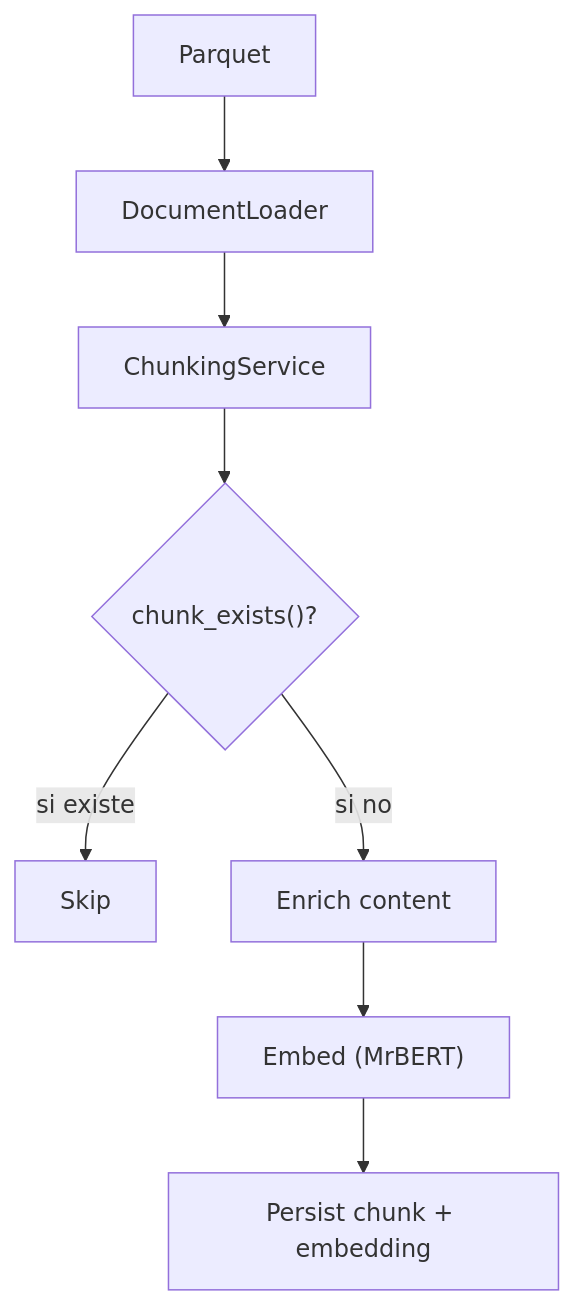
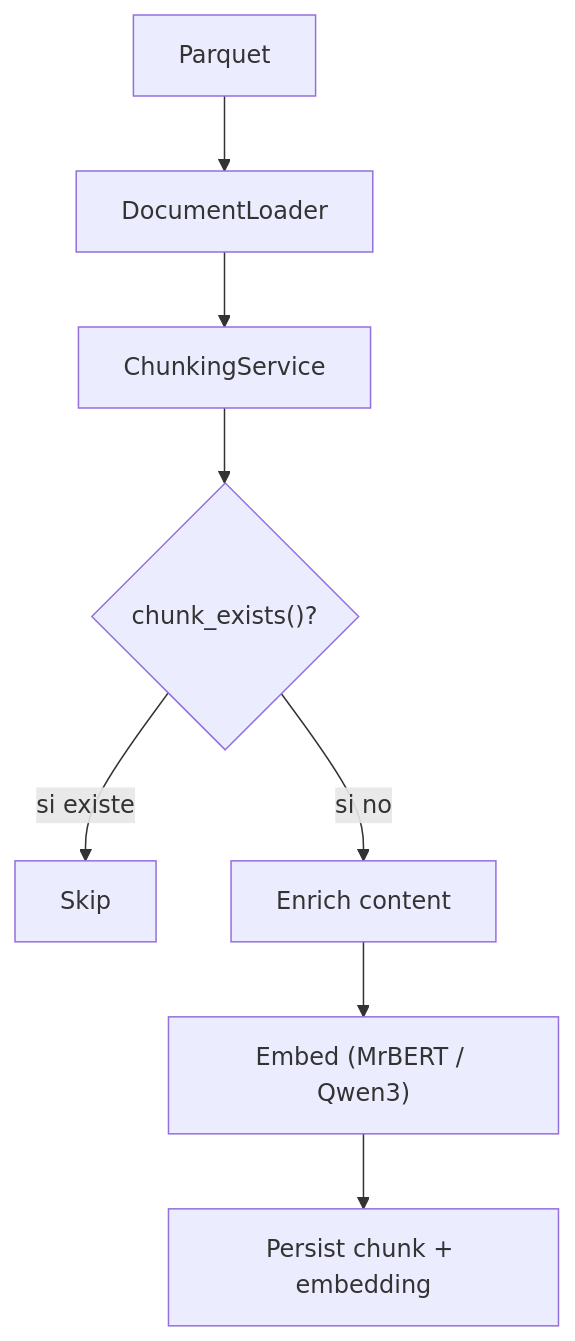
The third of 3 diagrams in backend/docs/ARCHITECTURE.md (sinai-uja/ALIA-demo-patrimonio), drawn with Mermaid before and after one commit. The commit also changed other lines of this file and 4 other files, not shown here.

````diff
--- a/backend/docs/ARCHITECTURE.md
+++ b/backend/docs/ARCHITECTURE.md
@@ -156,10 +156,10 @@
 ```mermaid
 flowchart TD
     P["Parquet"] --> DL["DocumentLoader"]
     DL --> CS["ChunkingService"]
     CS --> CHK{"chunk_exists()?"}
     CHK -- "si existe" --> SKIP["Skip"]
     CHK -- "si no" --> ENR["Enrich content"]
-    ENR --> EMB["Embed (MrBERT)"]
+    ENR --> EMB["Embed (MrBERT / Qwen3)"]
     EMB --> PER["Persist chunk + embedding"]
 ```
````
